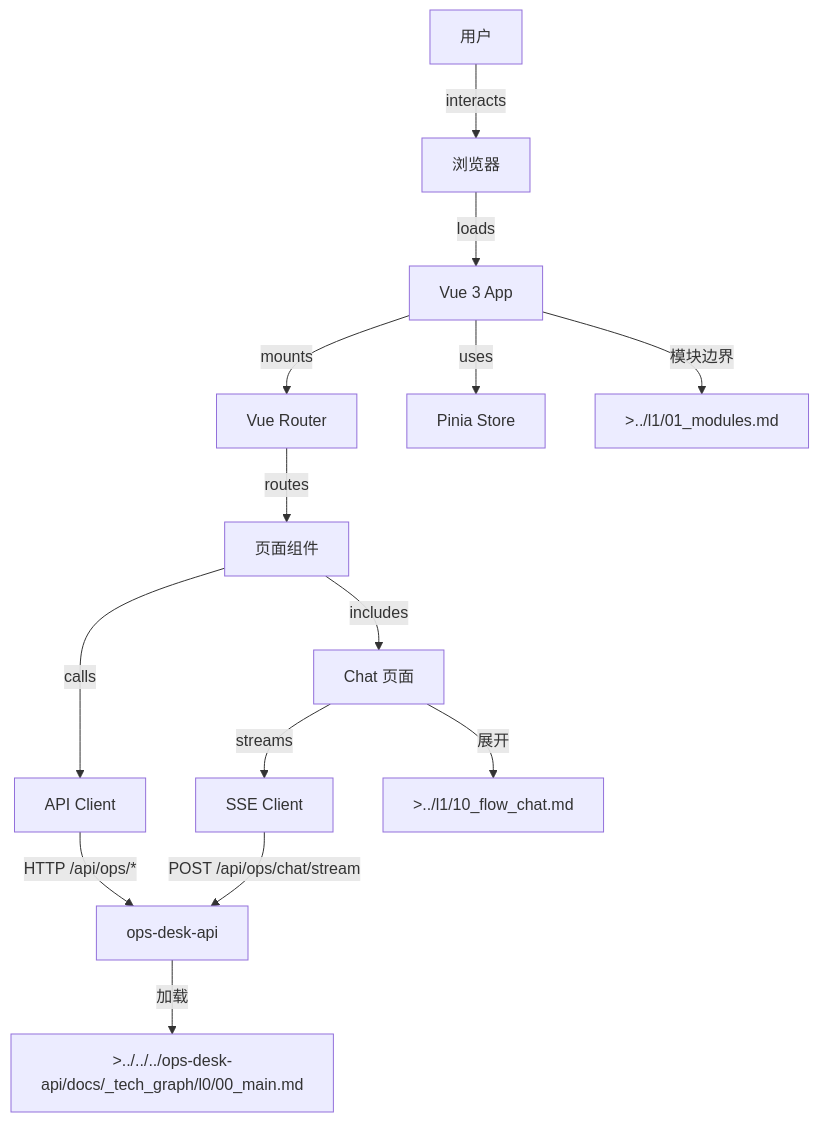
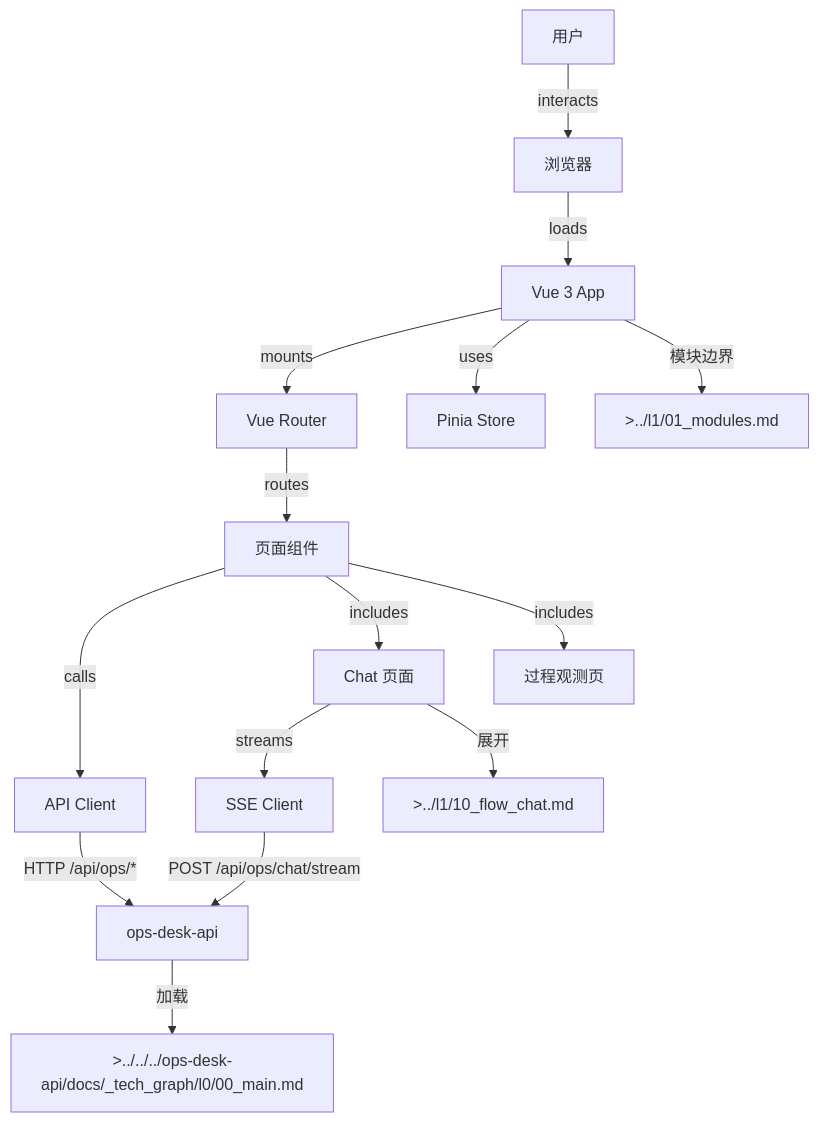
One commit to Cyning12/ops-desk-web changed the diagram in docs/_tech_graph/l0/00_main.md. Above: the diagram before and after it, drawn with Mermaid. The commit also changed other lines of this file and 18 other files, not shown here.

First line of the commit message:
feat(obs): add fixture-driven process observability page

````diff
--- a/docs/_tech_graph/l0/00_main.md
+++ b/docs/_tech_graph/l0/00_main.md
@@ -14,34 +14,36 @@
 ```mermaid
 flowchart TB
     user[用户]
     browser[浏览器]
     app[Vue 3 App]
     router[Vue Router]
     pinia[Pinia Store]
     api_client[API Client]
     sse_client[SSE Client]
     pages[页面组件]
     chat_page[Chat 页面]
+    obs_page[过程观测页]
     chat_flow[>../l1/10_flow_chat.md]
     modules_doc[>../l1/01_modules.md]
     ops_api[ops-desk-api]
     api_doc[>../../../ops-desk-api/docs/_tech_graph/l0/00_main.md]
 
     user --"interacts"--> browser
     browser --"loads"--> app
     app --"mounts"--> router
     app --"uses"--> pinia
     router --"routes"--> pages
     pages --"calls"--> api_client
     pages --"includes"--> chat_page
+    pages --"includes"--> obs_page
     chat_page --"streams"--> sse_client
     chat_page --"展开"--> chat_flow
     sse_client --"POST /api/ops/chat/stream"--> ops_api
     api_client --"HTTP /api/ops/*"--> ops_api
     ops_api --"加载"--> api_doc
     app --"模块边界"--> modules_doc
 
     classDef phase fill:#e1f5fe,stroke:#01579b,stroke-width:2px
     classDef doc fill:#fff8e1,stroke:#ff6f00,stroke-width:1px
     classDef infra fill:#e8f5e9,stroke:#2e7d32,stroke-width:1px
 ```
````
